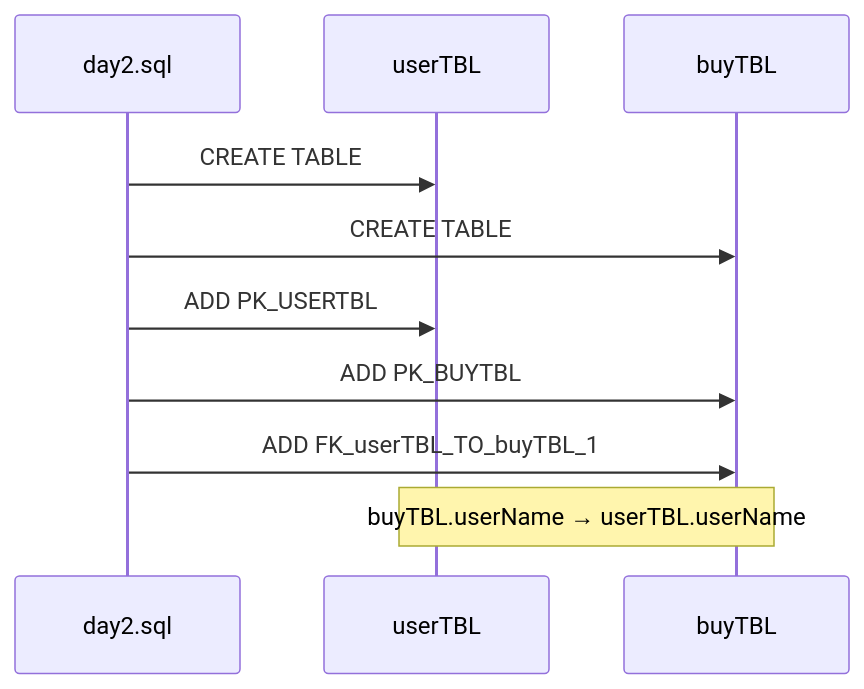
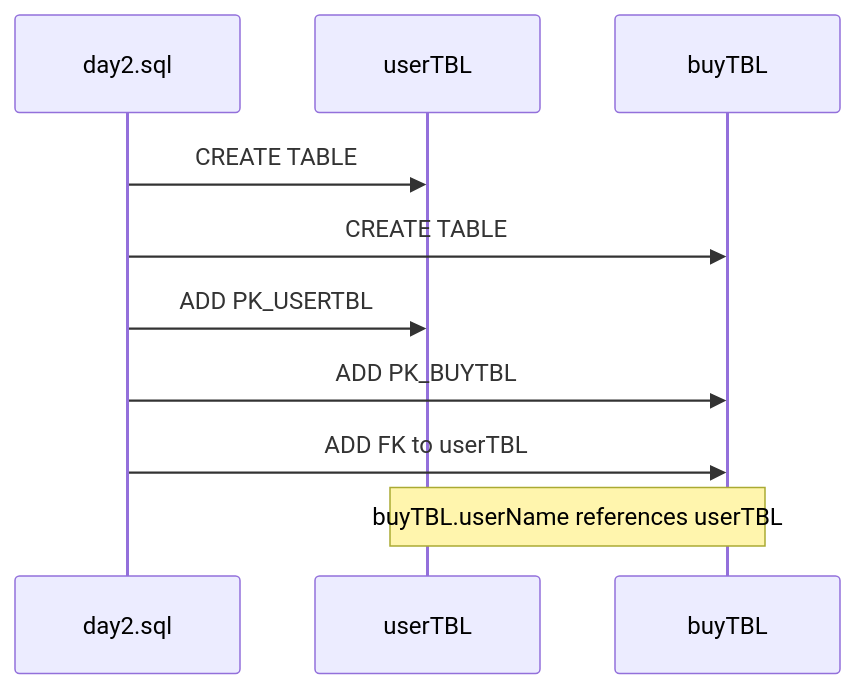
The seventh of 7 diagrams in db02/README.md (metaapple/kb7-db), drawn with Mermaid before and after one commit. The commit also changed other lines of this file, not shown here.

````diff
--- a/db02/README.md
+++ b/db02/README.md
@@ -227,12 +229,12 @@
 ```mermaid
 sequenceDiagram
     participant SQL as day2.sql
     participant U as userTBL
     participant B as buyTBL
     SQL->>U: CREATE TABLE
     SQL->>B: CREATE TABLE
     SQL->>U: ADD PK_USERTBL
     SQL->>B: ADD PK_BUYTBL
-    SQL->>B: ADD FK_userTBL_TO_buyTBL_1
-    Note over B,U: buyTBL.userName → userTBL.userName
+    SQL->>B: ADD FK to userTBL
+    Note over B,U: buyTBL.userName references userTBL
 ```
````
